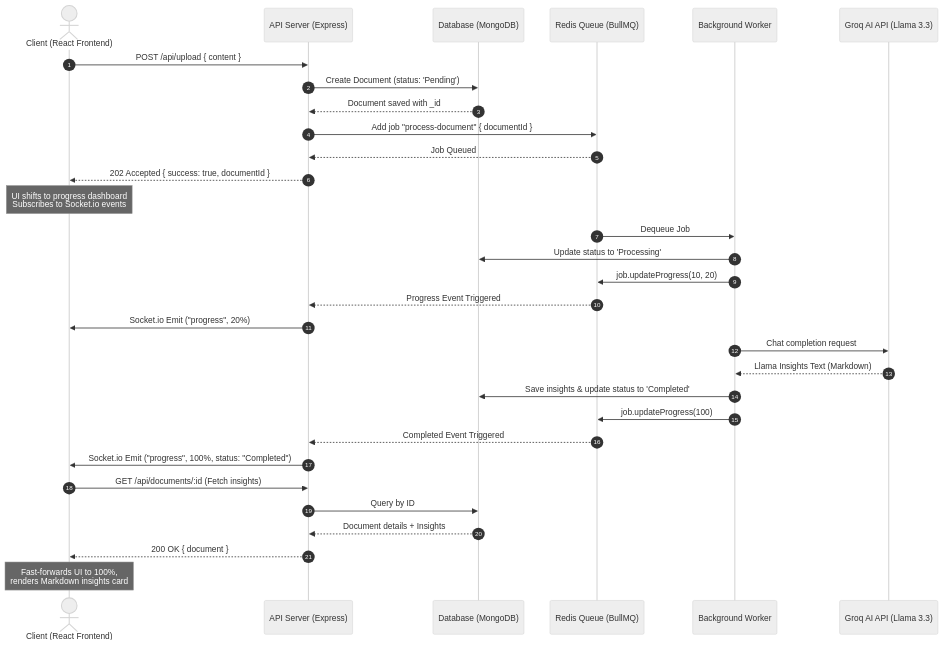
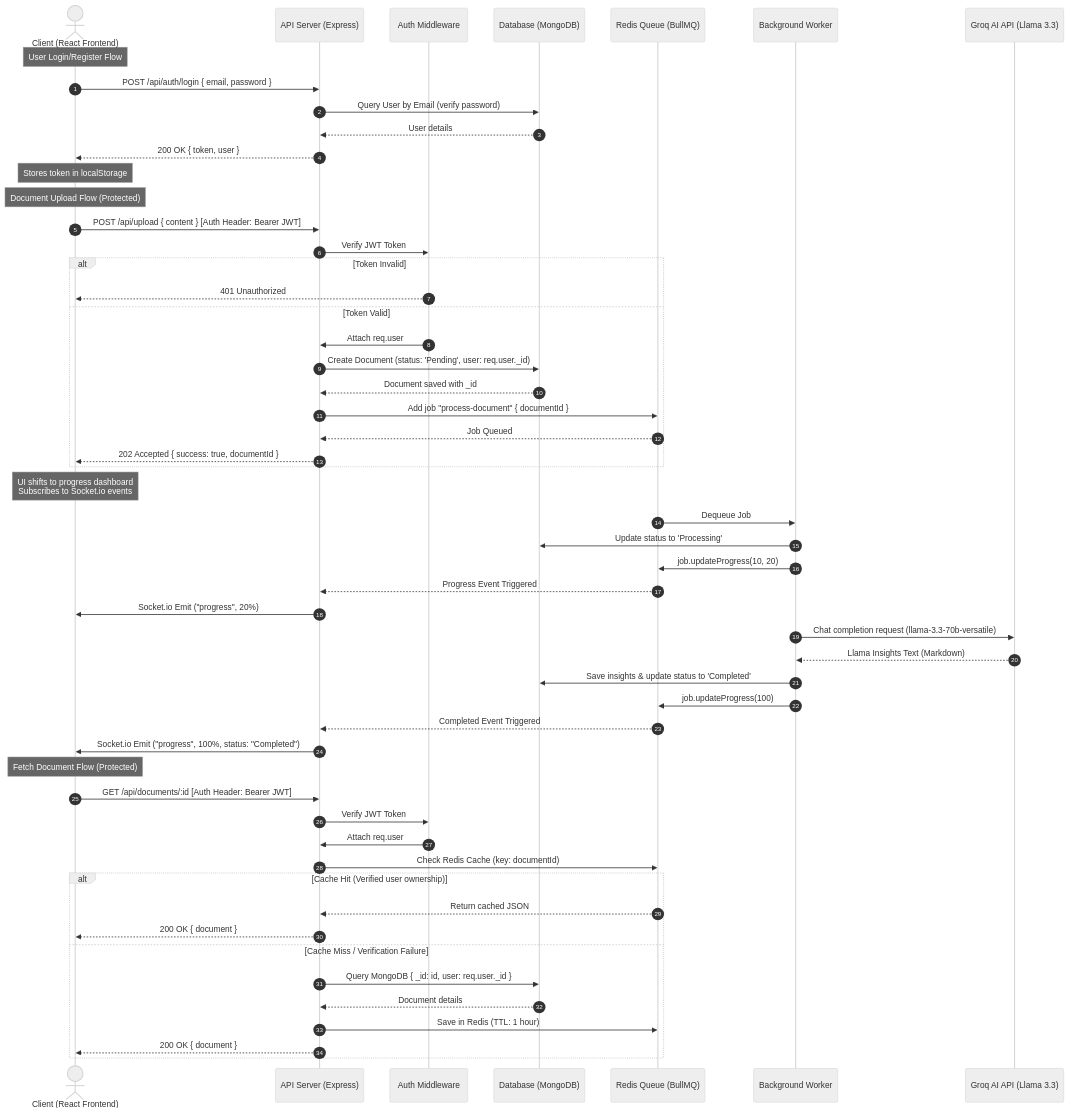
One commit to Samiksha-Lohia/InsightStream changed the diagram in system_design.md. Above: the diagram before and after it, drawn with Mermaid (neutral theme). The commit also changed other lines of this file and 1 other file, not shown here.

````diff
--- a/system_design.md
+++ b/system_design.md
@@ -9,38 +11,63 @@
 ```mermaid
 sequenceDiagram
     autonumber
     actor Client as Client (React Frontend)
     participant API as API Server (Express)
+    participant Middleware as Auth Middleware
     participant DB as Database (MongoDB)
     participant Queue as Redis Queue (BullMQ)
     participant Worker as Background Worker
     participant Groq as Groq AI API (Llama 3.3)
 
-    Client->>API: POST /api/upload { content }
-    API->>DB: Create Document (status: 'Pending')
-    DB-->>API: Document saved with _id
-    API->>Queue: Add job "process-document" { documentId }
-    Queue-->>API: Job Queued
-    API-->>Client: 202 Accepted { success: true, documentId }
+    Note over Client: User Login/Register Flow
+    Client->>API: POST /api/auth/login { email, password }
+    API->>DB: Query User by Email (verify password)
+    DB-->>API: User details
+    API-->>Client: 200 OK { token, user }
+    Note over Client: Stores token in localStorage
+
+    Note over Client: Document Upload Flow (Protected)
+    Client->>API: POST /api/upload { content } [Auth Header: Bearer JWT]
+    API->>Middleware: Verify JWT Token
+    alt Token Invalid
+        Middleware-->>Client: 401 Unauthorized
+    else Token Valid
+        Middleware->>API: Attach req.user
+        API->>DB: Create Document (status: 'Pending', user: req.user._id)
+        DB-->>API: Document saved with _id
+        API->>Queue: Add job "process-document" { documentId }
+        Queue-->>API: Job Queued
+        API-->>Client: 202 Accepted { success: true, documentId }
+    end
+
     Note over Client: UI shifts to progress dashboard<br/>Subscribes to Socket.io events
     
     Queue->>Worker: Dequeue Job
     Worker->>DB: Update status to 'Processing'
     Worker->>Queue: job.updateProgress(10, 20)
     Queue-->>API: Progress Event Triggered
     API->>Client: Socket.io Emit ("progress", 20%)
 
-    Worker->>Groq: Chat completion request
+    Worker->>Groq: Chat completion request (llama-3.3-70b-versatile)
     Groq-->>Worker: Llama Insights Text (Markdown)
 
     Worker->>DB: Save insights & update status to 'Completed'
     Worker->>Queue: job.updateProgress(100)
     Queue-->>API: Completed Event Triggered
     API->>Client: Socket.io Emit ("progress", 100%, status: "Completed")
 
-    Client->>API: GET /api/documents/:id (Fetch insights)
-    API->>DB: Query by ID
-    DB-->>API: Document details + Insights
-    API-->>Client: 200 OK { document }
-    Note over Client: Fast-forwards UI to 100%,<br/>renders Markdown insights card
+    Note over Client: Fetch Document Flow (Protected)
+    Client->>API: GET /api/documents/:id [Auth Header: Bearer JWT]
+    API->>Middleware: Verify JWT Token
+    Middleware->>API: Attach req.user
+    API->>Queue: Check Redis Cache (key: documentId)
+    alt Cache Hit (Verified user ownership)
+        Queue-->>API: Return cached JSON
+        API-->>Client: 200 OK { document }
+    else Cache Miss / Verification Failure
+        API->>DB: Query MongoDB { _id: id, user: req.user._id }
+        DB-->>API: Document details
+        API->>Queue: Save in Redis (TTL: 1 hour)
+        API-->>Client: 200 OK { document }
+    end
 ```
````
